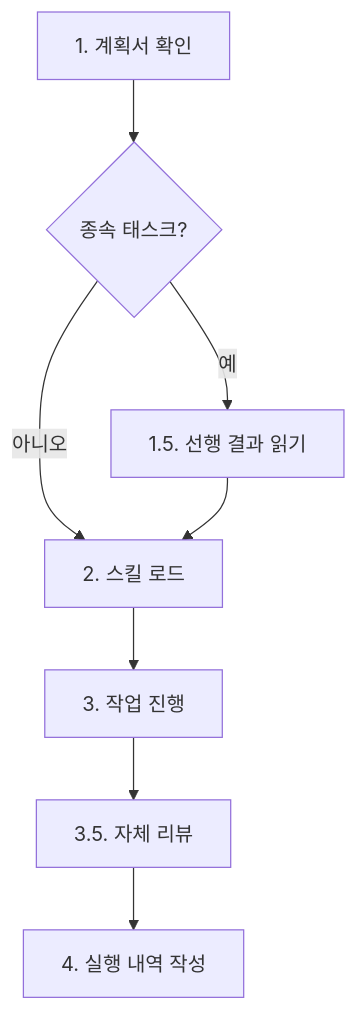
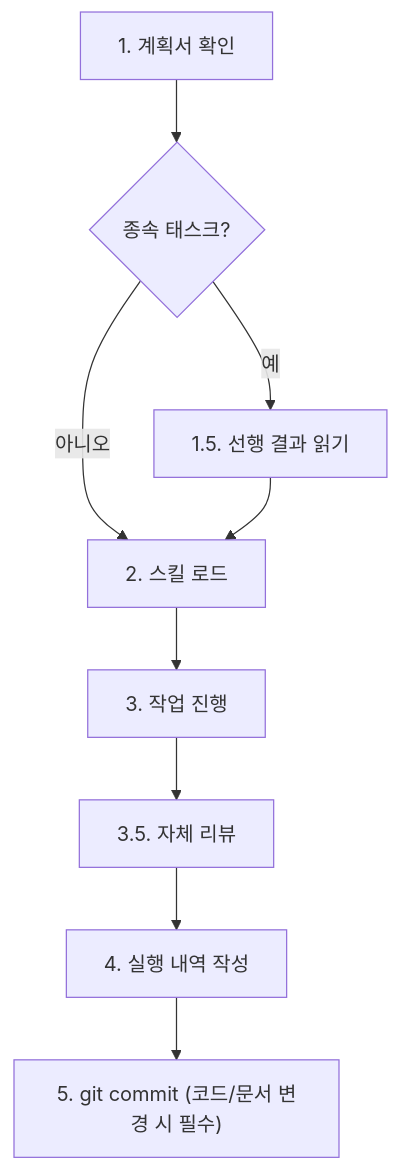
One commit to KoreanLeeChangHyun/claude-workflow changed the diagram in .claude/skills/workflow-agent/SKILL.md. Above: the diagram before and after it, drawn with Mermaid. The commit also changed other lines of this file and 1 other file, not shown here.

Commit message:
feat(T-435): W03 워커 절차 5단계 git commit 추가

````diff
--- a/.claude/skills/workflow-agent/SKILL.md
+++ b/.claude/skills/workflow-agent/SKILL.md
@@ -137,10 +137,11 @@
 ```mermaid
 flowchart TD
-    S1[1. 계획서 확인] --> Q1{종속 태스크?}
-    Q1 -->|예| S1_5[1.5. 선행 결과 읽기]
-    Q1 -->|아니오| S2[2. 스킬 로드]
+    S1["1. 계획서 확인"] --> Q1{"종속 태스크?"}
+    Q1 -->|예| S1_5["1.5. 선행 결과 읽기"]
+    Q1 -->|아니오| S2["2. 스킬 로드"]
     S1_5 --> S2
-    S2 --> S3[3. 작업 진행]
-    S3 --> S3_5[3.5. 자체 리뷰]
-    S3_5 --> S4[4. 실행 내역 작성]
+    S2 --> S3["3. 작업 진행"]
+    S3 --> S3_5["3.5. 자체 리뷰"]
+    S3_5 --> S4["4. 실행 내역 작성"]
+    S4 --> S5["5. git commit #lpar;코드/문서 변경 시 필수#rpar;"]
 ```
````
